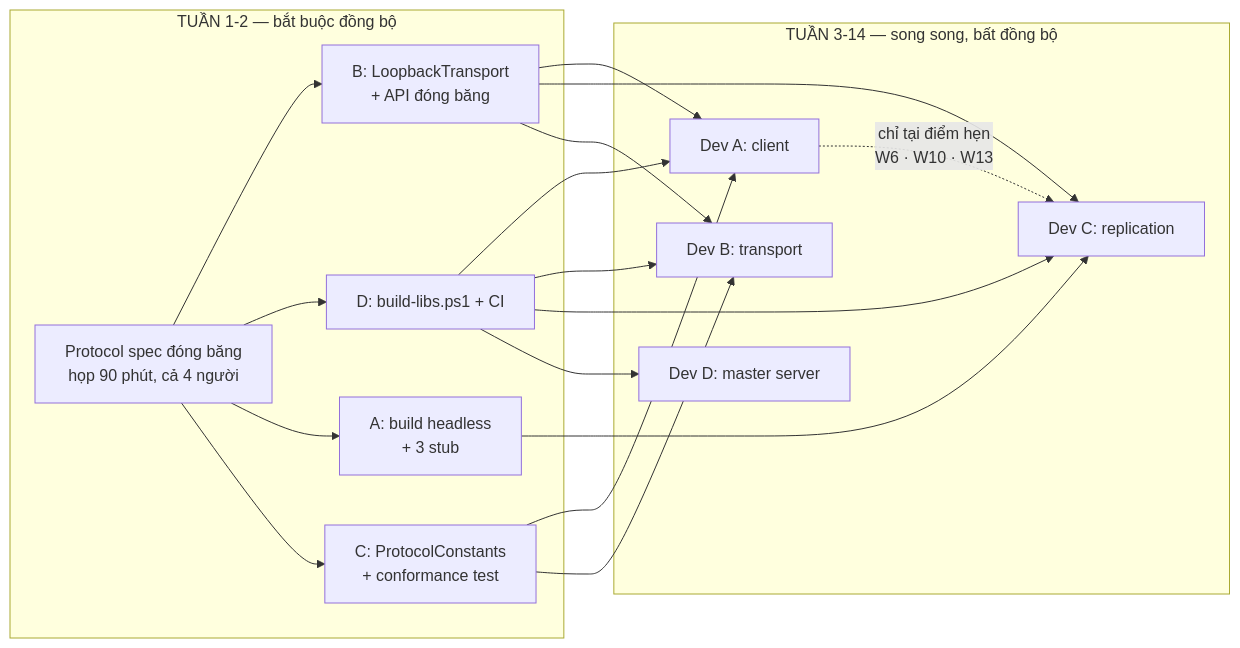
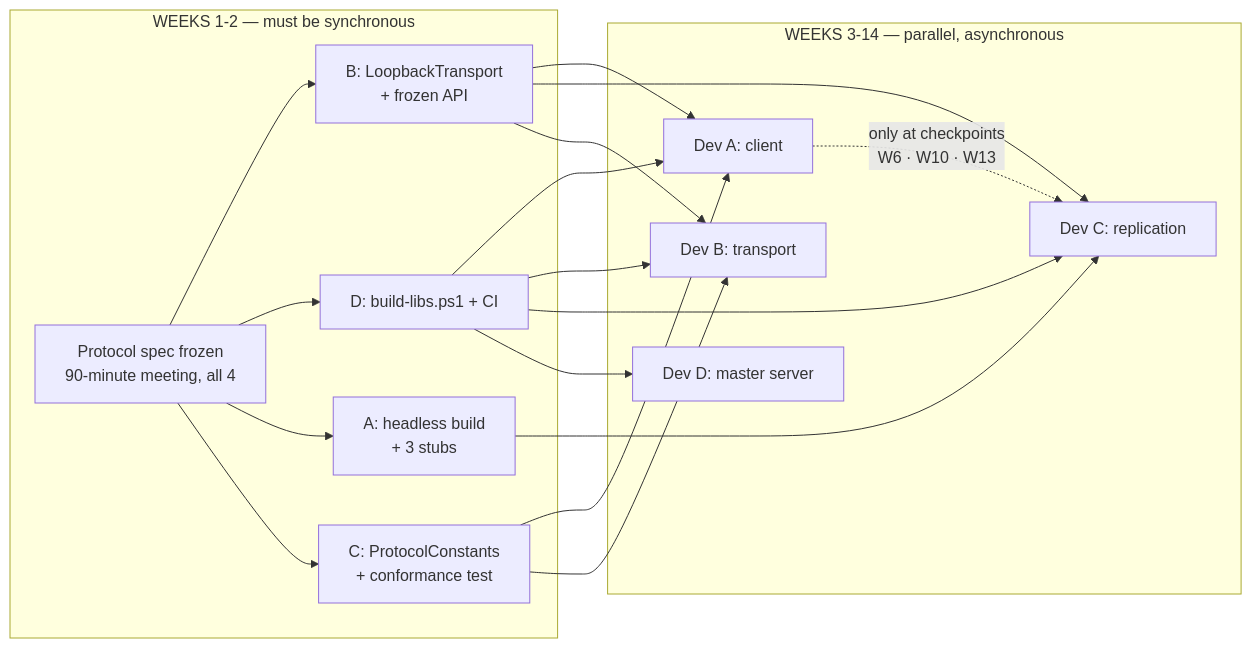
One commit to Nghaiz/LTM changed the diagram in plans/00-shared/dependency-map.md. Above: the diagram before and after it, drawn with Mermaid. The commit also changed other lines of this file and 34 other files, not shown here.

````diff
--- a/plans/00-shared/dependency-map.md
+++ b/plans/00-shared/dependency-map.md
@@ -12,24 +12,24 @@
 ```mermaid
 flowchart LR
-    subgraph W12["TUẦN 1-2 — bắt buộc đồng bộ"]
-        P["Protocol spec đóng băng<br/>họp 90 phút, cả 4 người"]
-        BS["B: LoopbackTransport<br/>+ API đóng băng"]
+    subgraph W12["WEEKS 1-2 — must be synchronous"]
+        P["Protocol spec frozen<br/>90-minute meeting, all 4"]
+        BS["B: LoopbackTransport<br/>+ frozen API"]
         DS["D: build-libs.ps1 + CI"]
-        AS["A: build headless<br/>+ 3 stub"]
+        AS["A: headless build<br/>+ 3 stubs"]
         CS["C: ProtocolConstants<br/>+ conformance test"]
     end
-    subgraph W314["TUẦN 3-14 — song song, bất đồng bộ"]
+    subgraph W314["WEEKS 3-14 — parallel, asynchronous"]
         A2["Dev A: client"]
         B2["Dev B: transport"]
         C2["Dev C: replication"]
         D2["Dev D: master server"]
     end
     P --> BS & DS & AS & CS
     BS --> A2 & C2
     DS --> A2 & B2 & C2
     AS --> C2
     CS --> A2 & B2
     BS --> B2
     DS --> D2
-    A2 -.->|"chỉ tại điểm hẹn<br/>W6 · W10 · W13"| C2
+    A2 -.->|"only at checkpoints<br/>W6 · W10 · W13"| C2
 ```
````
